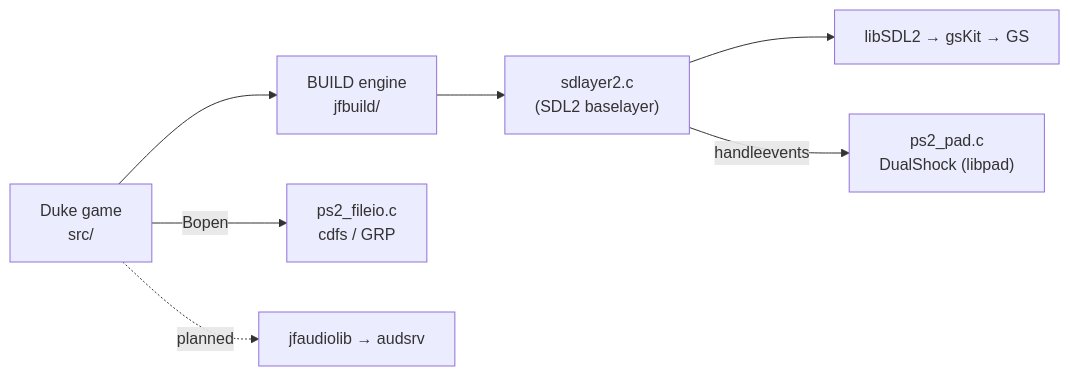
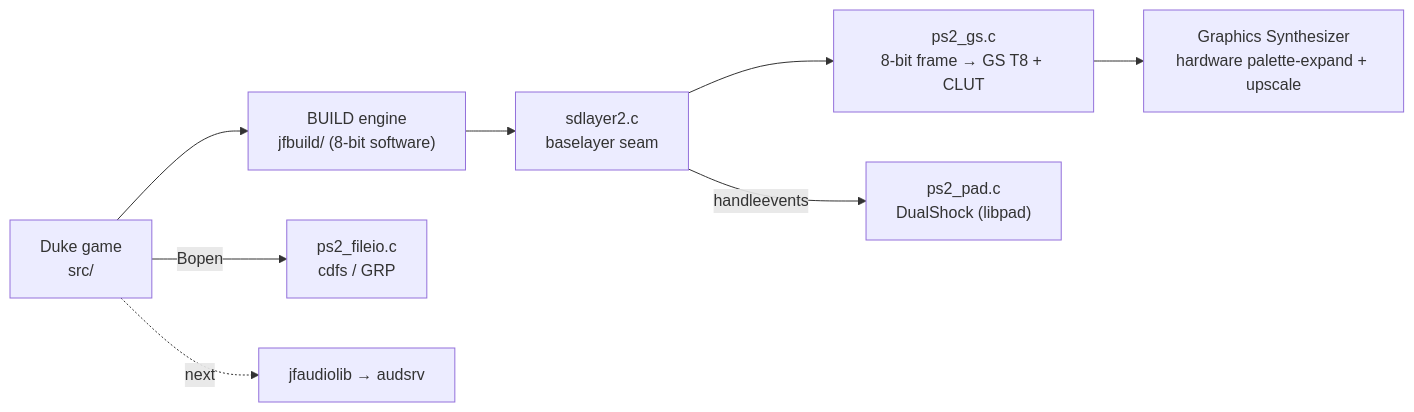
One commit to Arawn-Davies/ps2uke changed the diagram in README.md. Above: the diagram before and after it, drawn with Mermaid. The commit also changed other lines of this file and 3 other files, not shown here.

````diff
--- a/README.md
+++ b/README.md
@@ -12,9 +15,10 @@
 ```mermaid
 graph LR
-    GAME["Duke game<br/>src/"] --> ENGINE["BUILD engine<br/>jfbuild/"]
-    ENGINE --> SEAM["sdlayer2.c<br/>(SDL2 baselayer)"]
-    SEAM --> GS["libSDL2 → gsKit → GS"]
+    GAME["Duke game<br/>src/"] --> ENGINE["BUILD engine<br/>jfbuild/ (8-bit software)"]
+    ENGINE --> SEAM["sdlayer2.c<br/>baselayer seam"]
+    SEAM --> GSPRES["ps2_gs.c<br/>8-bit frame → GS T8 + CLUT"]
+    GSPRES --> GS["Graphics Synthesizer<br/>hardware palette-expand + upscale"]
     GAME -->|"Bopen"| FS["ps2_fileio.c<br/>cdfs / GRP"]
     SEAM -->|"handleevents"| PAD["ps2_pad.c<br/>DualShock (libpad)"]
-    GAME -.->|"planned"| AUD["jfaudiolib → audsrv"]
+    GAME -.->|"next"| AUD["jfaudiolib → audsrv"]
 ```
````
